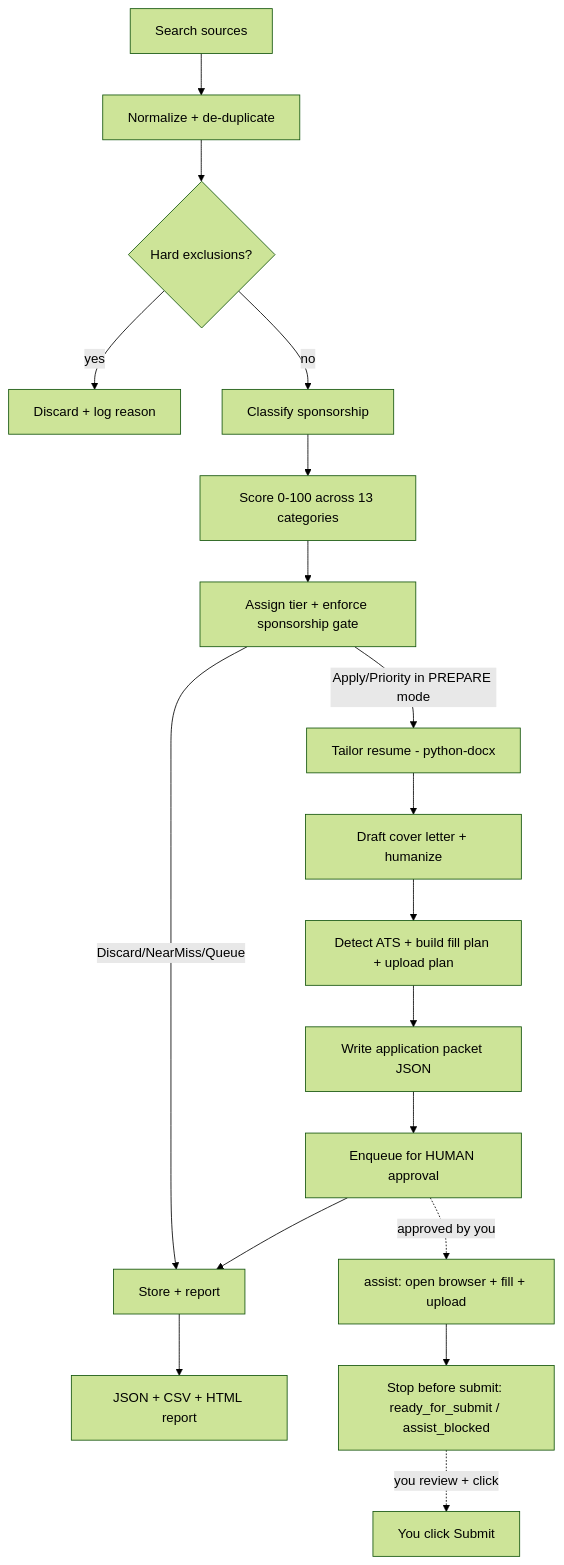
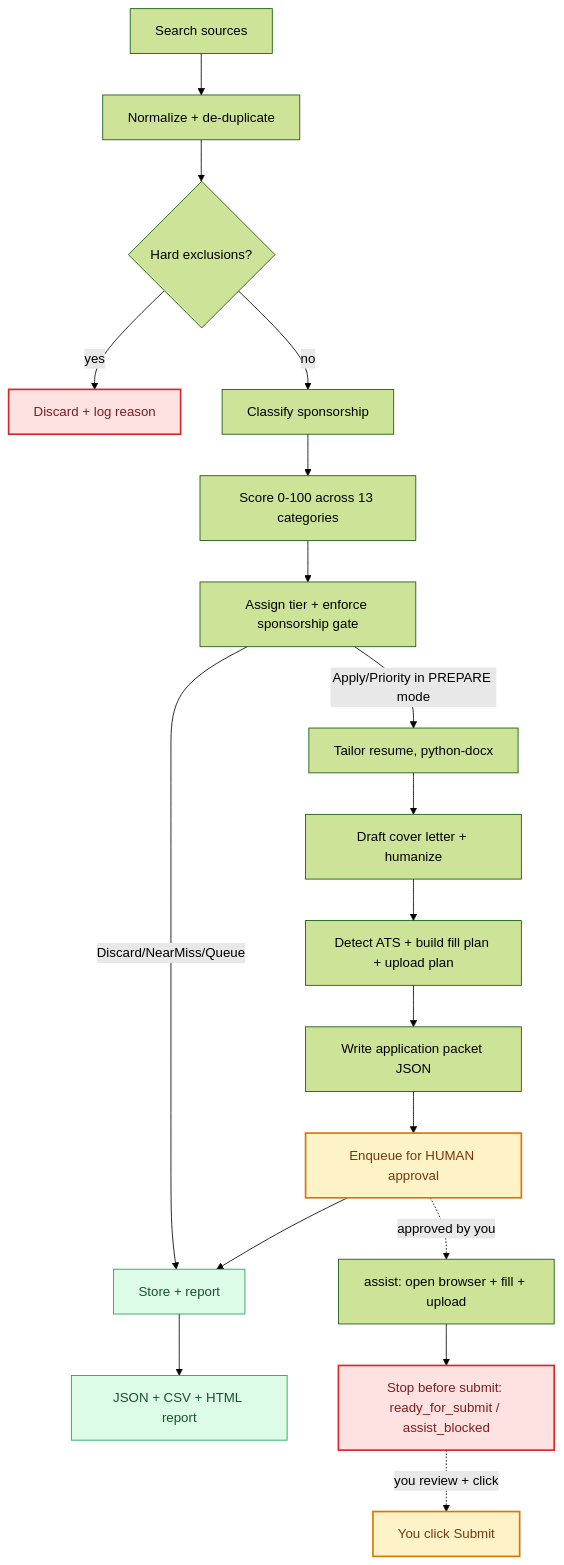
The diagram in README.md (AtreshSoma/JobAgent), drawn with Mermaid (forest theme) before and after one commit. The commit also changed other lines of this file, not shown here.

````diff
--- a/README.md
+++ b/README.md
@@ -91,20 +150,27 @@
 ```mermaid
 flowchart TD
     A[Search sources] --> B[Normalize + de-duplicate]
     B --> C{Hard exclusions?}
     C -- yes --> X[Discard + log reason]
     C -- no --> D[Classify sponsorship]
     D --> E[Score 0-100 across 13 categories]
     E --> F[Assign tier + enforce sponsorship gate]
     F -- Discard/NearMiss/Queue --> R[Store + report]
-    F -- Apply/Priority in PREPARE mode --> G[Tailor resume - python-docx]
+    F -- Apply/Priority in PREPARE mode --> G[Tailor resume, python-docx]
     G --> H[Draft cover letter + humanize]
     H --> I[Detect ATS + build fill plan + upload plan]
     I --> J[Write application packet JSON]
     J --> K[Enqueue for HUMAN approval]
     K --> R
     R --> S[JSON + CSV + HTML report]
     K -.approved by you.-> T[assist: open browser + fill + upload]
     T --> V[Stop before submit: ready_for_submit / assist_blocked]
     V -.you review + click.-> W[You click Submit]
+
+    classDef human fill:#fef3c7,stroke:#d97706,stroke-width:2px,color:#78350f
+    classDef stop fill:#fee2e2,stroke:#dc2626,stroke-width:2px,color:#7f1d1d
+    classDef out fill:#dcfce7,stroke:#16a34a,stroke-width:1px,color:#14532d
+    class K,W human
+    class V,X stop
+    class R,S out
 ```
````
